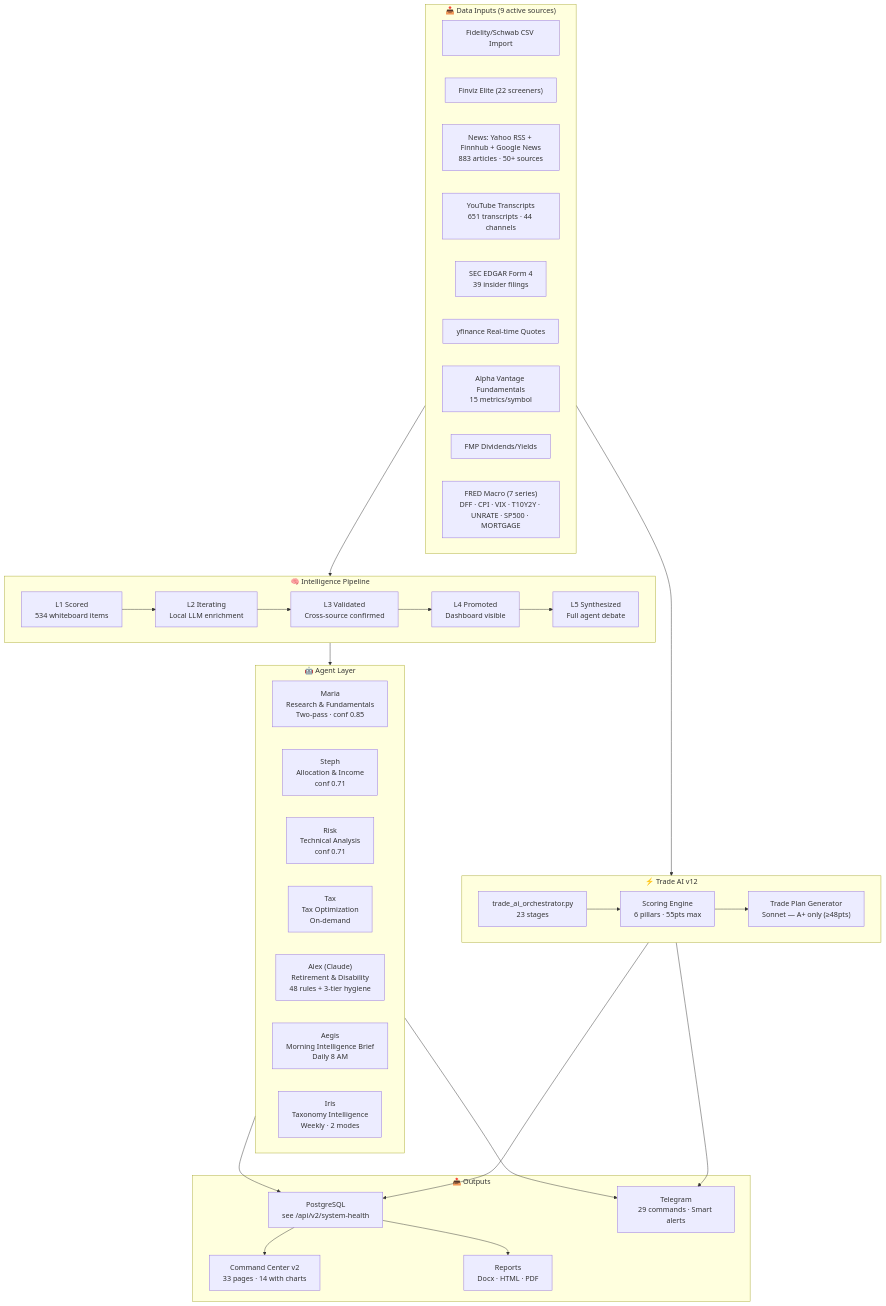
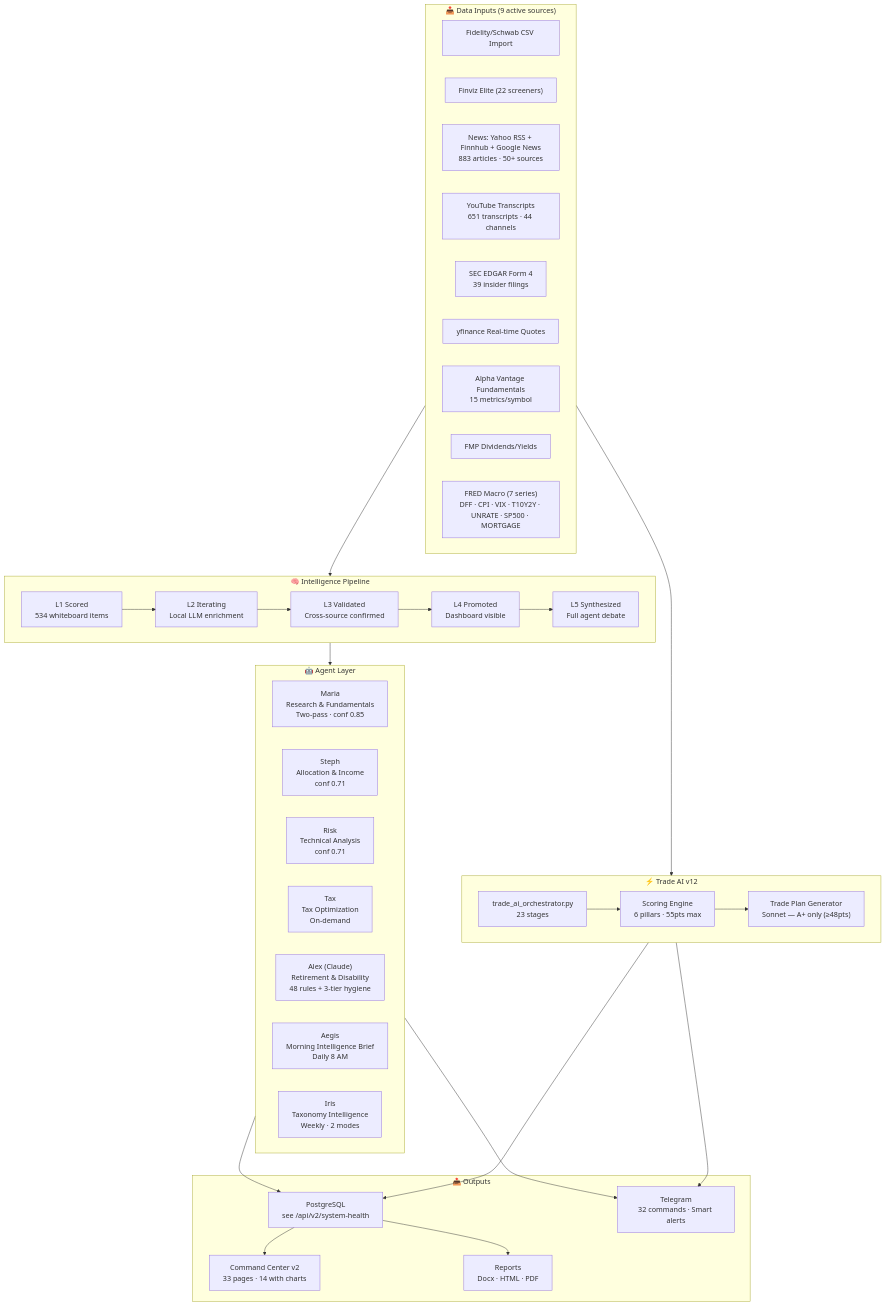
One commit to PatsKiller/tardeai changed the first of 6 diagrams in docs/project/TRADE_AI_V12_SYSTEM_BIBLE_V3.md. Above: the diagram before and after it, drawn with Mermaid. The commit also changed other lines of this file and 4 other files, not shown here.

````diff
--- a/docs/project/TRADE_AI_V12_SYSTEM_BIBLE_V3.md
+++ b/docs/project/TRADE_AI_V12_SYSTEM_BIBLE_V3.md
@@ -64,57 +65,57 @@
 ```mermaid
 graph TB
     subgraph INPUTS["📥 Data Inputs (9 active sources)"]
         CSV["Fidelity/Schwab CSV Import"]
         FINVIZ["Finviz Elite (22 screeners)"]
         NEWS["News: Yahoo RSS + Finnhub + Google News\n883 articles · 50+ sources"]
         YT["YouTube Transcripts\n651 transcripts · 44 channels"]
         SEC["SEC EDGAR Form 4\n39 insider filings"]
         YFINANCE["yfinance Real-time Quotes"]
         AV["Alpha Vantage Fundamentals\n15 metrics/symbol"]
         FMP["FMP Dividends/Yields"]
         FRED["FRED Macro (7 series)\nDFF · CPI · VIX · T10Y2Y · UNRATE · SP500 · MORTGAGE"]
     end
 
     subgraph TRADEAI["⚡ Trade AI v12"]
         ORCH["trade_ai_orchestrator.py\n23 stages"]
         SCORE["Scoring Engine\n6 pillars · 55pts max"]
         TPLAN["Trade Plan Generator\nSonnet — A+ only (≥48pts)"]
         ORCH --> SCORE --> TPLAN
     end
 
     subgraph INTEL["🧠 Intelligence Pipeline"]
         L1["L1 Scored\n534 whiteboard items"]
         L2["L2 Iterating\nLocal LLM enrichment"]
         L3["L3 Validated\nCross-source confirmed"]
         L4["L4 Promoted\nDashboard visible"]
         L5["L5 Synthesized\nFull agent debate"]
         L1 --> L2 --> L3 --> L4 --> L5
     end
 
     subgraph AGENTS["🤖 Agent Layer"]
         MARIA["Maria\nResearch & Fundamentals\nTwo-pass · conf 0.85"]
         STEPH["Steph\nAllocation & Income\nconf 0.71"]
         RISK["Risk\nTechnical Analysis\nconf 0.71"]
         TAX["Tax\nTax Optimization\nOn-demand"]
         ALEX["Alex (Claude)\nRetirement & Disability\n48 rules + 3-tier hygiene"]
         AEGIS["Aegis\nMorning Intelligence Brief\nDaily 8 AM"]
         IRIS["Iris\nTaxonomy Intelligence\nWeekly · 2 modes"]
     end
 
     subgraph OUTPUTS["📤 Outputs"]
         DB["PostgreSQL\nsee /api/v2/system-health"]
         DASH["Command Center v2\n33 pages · 14 with charts"]
-        TG["Telegram\n29 commands · Smart alerts"]
+        TG["Telegram\n32 commands · Smart alerts"]
         REPORTS["Reports\nDocx · HTML · PDF"]
     end
 
     INPUTS --> TRADEAI
     INPUTS --> INTEL
     INTEL --> AGENTS
     AGENTS --> DB
     AGENTS --> TG
     DB --> DASH
     DB --> REPORTS
     TRADEAI --> DB
     TRADEAI --> TG
 ```
````
